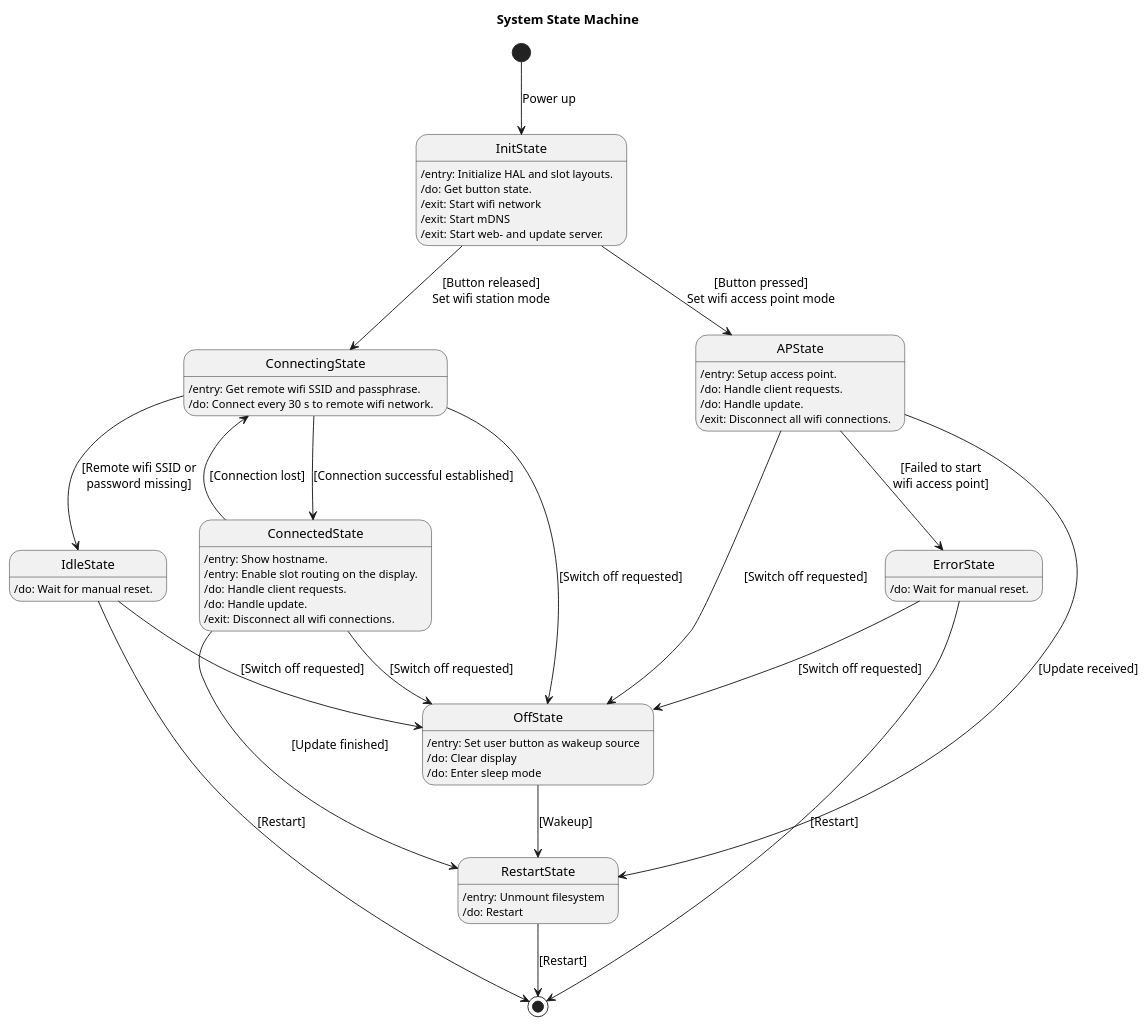
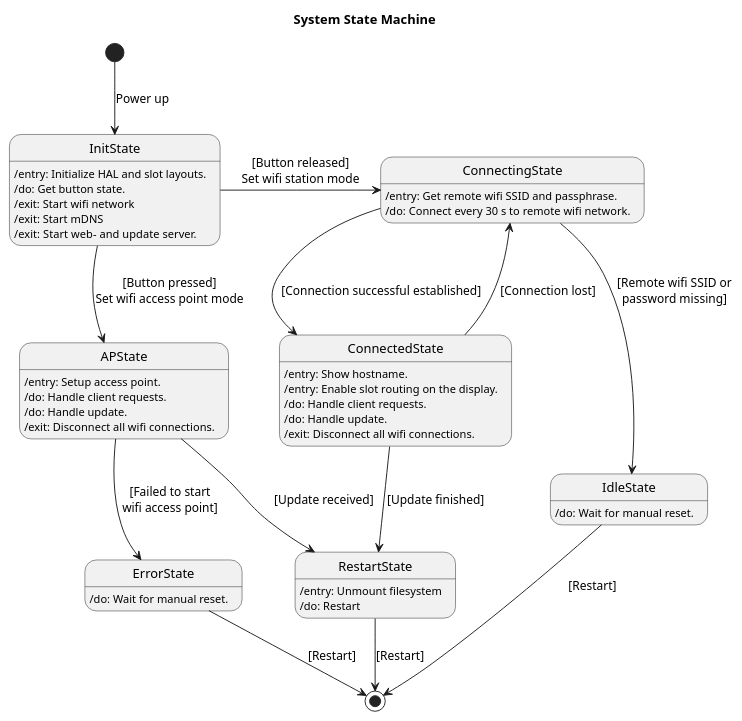
Before and after one commit to BlueAndi/Pixelix: the diagram in doc/architecture/uml/system_state_machine.wsd, drawn with PlantUML. The commit also changed 20 other files, not shown here.

Commit message:
To switch the device off was replaced with switching the display on/off. #149

```diff
--- a/doc/architecture/uml/system_state_machine.wsd
+++ b/doc/architecture/uml/system_state_machine.wsd
@@ -1,62 +1,51 @@
 @startuml System State Machine
 
 title System State Machine
 
 InitState: /entry: Initialize HAL and slot layouts.
 InitState: /do: Get button state.
 InitState: /exit: Start wifi network
 InitState: /exit: Start mDNS
 InitState: /exit: Start web- and update server.
 
 APState: /entry: Setup access point.
 APState: /do: Handle client requests.
 APState: /do: Handle update.
 APState: /exit: Disconnect all wifi connections.
 
 IdleState: /do: Wait for manual reset.
 
 ConnectingState: /entry: Get remote wifi SSID and passphrase.
 ConnectingState: /do: Connect every 30 s to remote wifi network.
 
 ConnectedState: /entry: Show hostname.
 ConnectedState: /entry: Enable slot routing on the display.
 ConnectedState: /do: Handle client requests.
 ConnectedState: /do: Handle update.
 ConnectedState: /exit: Disconnect all wifi connections.
 
 ErrorState: /do: Wait for manual reset.
 
 RestartState: /entry: Unmount filesystem
 RestartState: /do: Restart
 
-OffState: /entry: Set user button as wakeup source
-OffState: /do: Clear display
-OffState: /do: Enter sleep mode
-
 [*] --> InitState: Power up
 InitState --> APState: [Button pressed]\nSet wifi access point mode
 InitState -> ConnectingState: [Button released]\nSet wifi station mode
 
 APState --> ErrorState: [Failed to start\nwifi access point]
 APState --> RestartState: [Update received]
-APState --> OffState: [Switch off requested]
 
 ConnectingState --> IdleState: [Remote wifi SSID or\npassword missing]
 ConnectingState --> ConnectedState: [Connection successful established]
-ConnectingState --> OffState: [Switch off requested]
 
 ConnectedState --> ConnectingState: [Connection lost]
 ConnectedState --> RestartState: [Update finished]
-ConnectedState --> OffState: [Switch off requested]
 
 ErrorState --> [*]: [Restart]
-ErrorState --> OffState: [Switch off requested]
 
 IdleState --> [*]: [Restart]
-IdleState --> OffState: [Switch off requested]
 
 RestartState --> [*]: [Restart]
 
-OffState --> RestartState: [Wakeup]
-
 @enduml
```
